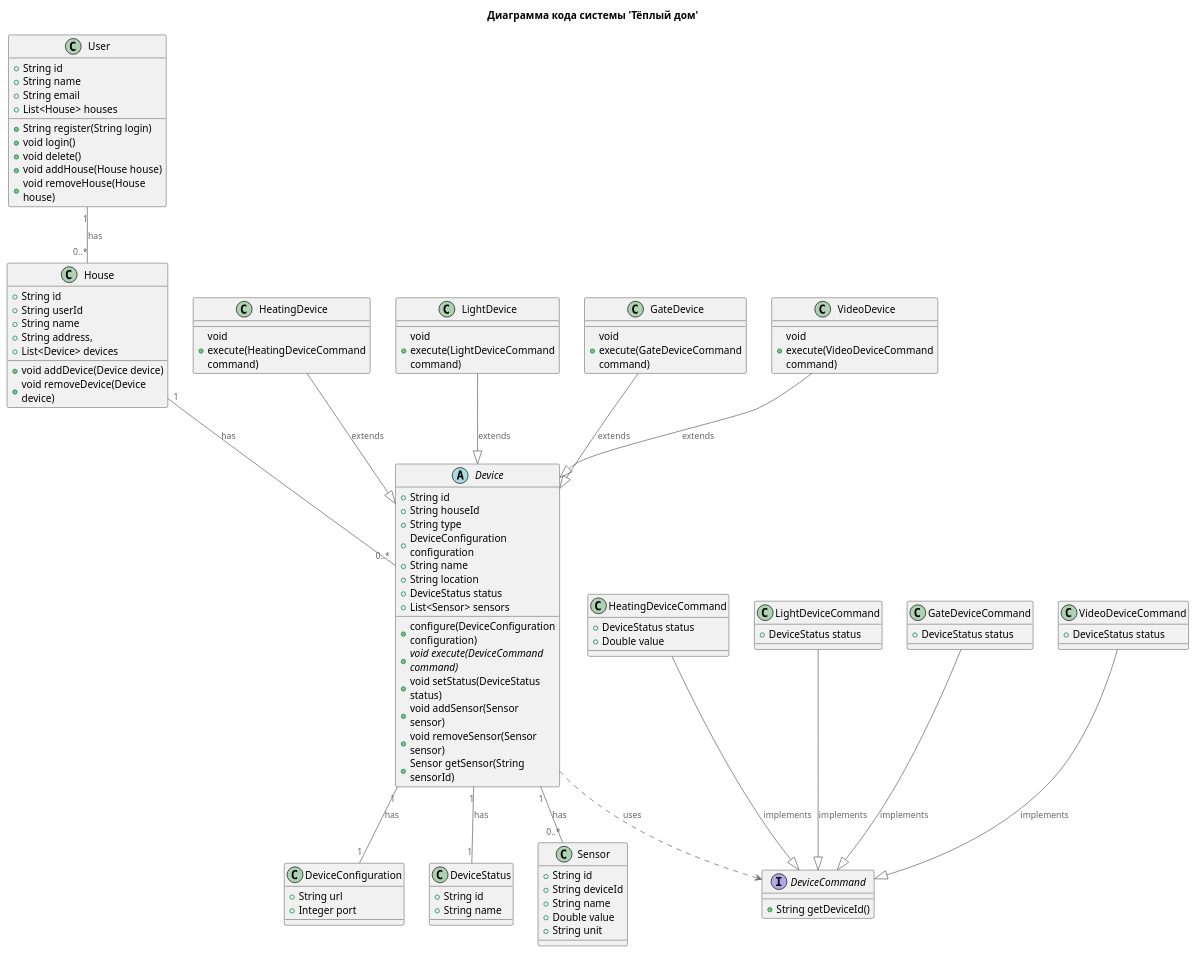
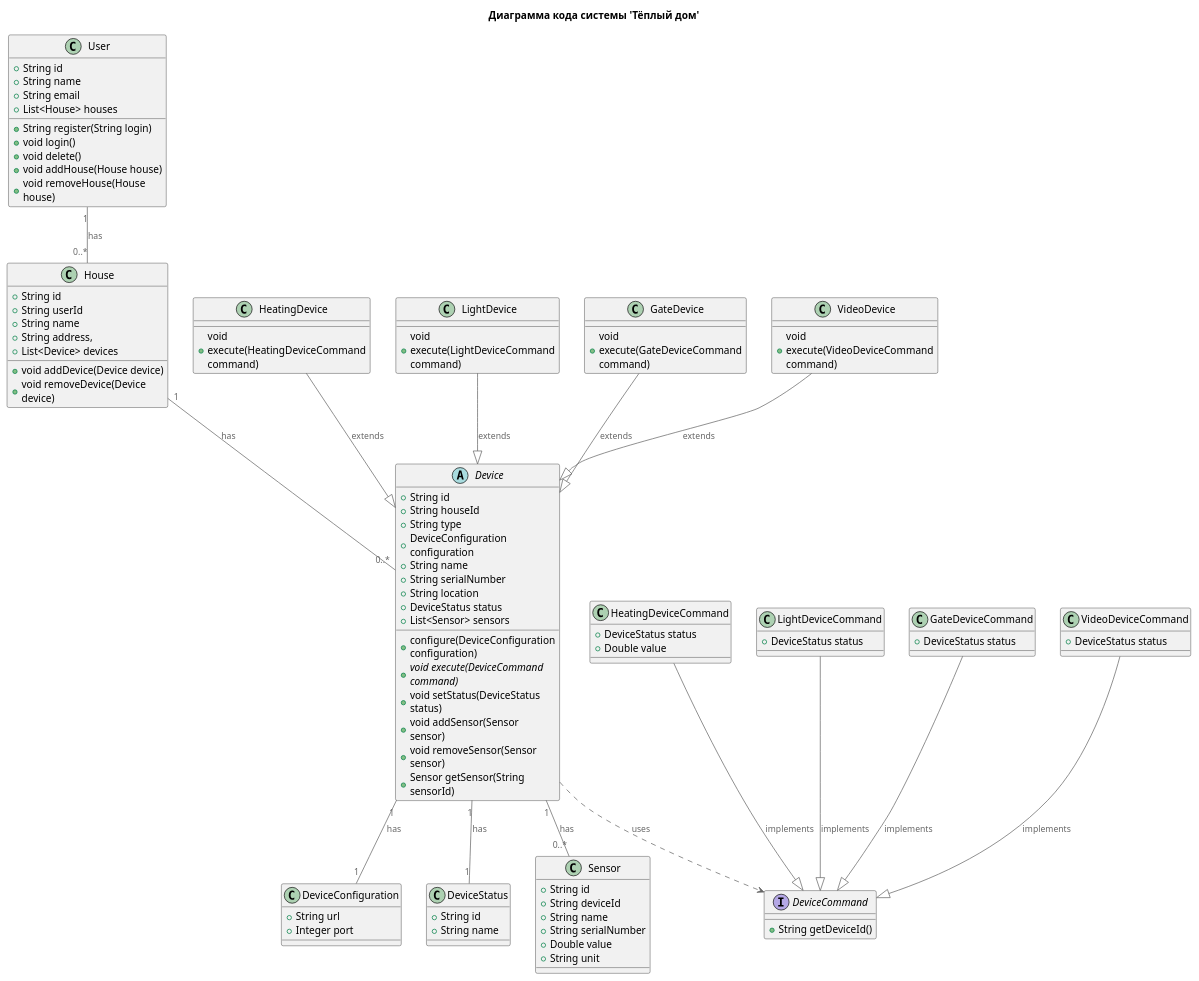
Before and after one commit to hammer-for-you/architecture-warmhouse: the diagram in c4/new-system-code.puml, drawn with PlantUML.

Commit message:
Задание 2. Диаграмма кода. Минорные правки.

```diff
--- a/c4/new-system-code.puml
+++ b/c4/new-system-code.puml
@@ -1,115 +1,117 @@
 @startuml
 
 title Диаграмма кода системы 'Тёплый дом'
 
 !includeurl https://raw.githubusercontent.com/plantuml-stdlib/C4-PlantUML/refs/heads/master/C4_Component.puml
 
 class User {
     +String id
     +String name
     +String email
     +List<House> houses
     +String register(String login)
     +void login()
     +void delete()
     +void addHouse(House house)
     +void removeHouse(House house)
 }
 
 class House {
     +String id
     +String userId
     +String name
     +String address,
     +List<Device> devices
     +void addDevice(Device device)
     +void removeDevice(Device device)
 }
 
 abstract class Device {
     +String id
     +String houseId
     +String type
     +DeviceConfiguration configuration
     +String name
+    +String serialNumber
     +String location
     +DeviceStatus status
     +List<Sensor> sensors
     +configure(DeviceConfiguration configuration)
     +{abstract} void execute(DeviceCommand command)
     +void setStatus(DeviceStatus status)
     +void addSensor(Sensor sensor)
     +void removeSensor(Sensor sensor)
     +Sensor getSensor(String sensorId)
 }
 
 class HeatingDevice {
     +void execute(HeatingDeviceCommand command)
 }
 
 class LightDevice {
     +void execute(LightDeviceCommand command)
 }
 
 class GateDevice {
     +void execute(GateDeviceCommand command)
 }
 
 class DeviceConfiguration {
     +String url
     +Integer port
 }
 
 class VideoDevice {
     +void execute(VideoDeviceCommand command)
 }
 
 class DeviceStatus {
     +String id
     +String name
 }
 
 interface DeviceCommand {
     +String getDeviceId()
 }
 
 class HeatingDeviceCommand {
     +DeviceStatus status
     +Double value
 }
 
 class LightDeviceCommand {
     +DeviceStatus status
 }
 
 class GateDeviceCommand {
     +DeviceStatus status
 }
 
 class VideoDeviceCommand {
     +DeviceStatus status
 }
 
 class Sensor {
     +String id
     +String deviceId
     +String name
+    +String serialNumber
     +Double value
     +String unit
 }
 
 User "1" -- "0..*" House: has
 House "1" -- "0..*" Device: has
 Device "1" -- "0..*" Sensor: has
 Device "1" -- "1" DeviceStatus: has
 Device "1" -- "1" DeviceConfiguration: has
 HeatingDevice --|> Device: extends
 LightDevice --|> Device: extends
 GateDevice --|> Device: extends
 VideoDevice --|> Device: extends
 HeatingDeviceCommand --|> DeviceCommand: implements
 LightDeviceCommand --|> DeviceCommand: implements
 GateDeviceCommand --|> DeviceCommand: implements
 VideoDeviceCommand --|> DeviceCommand: implements
 Device ..> DeviceCommand: uses
 @enduml
```
